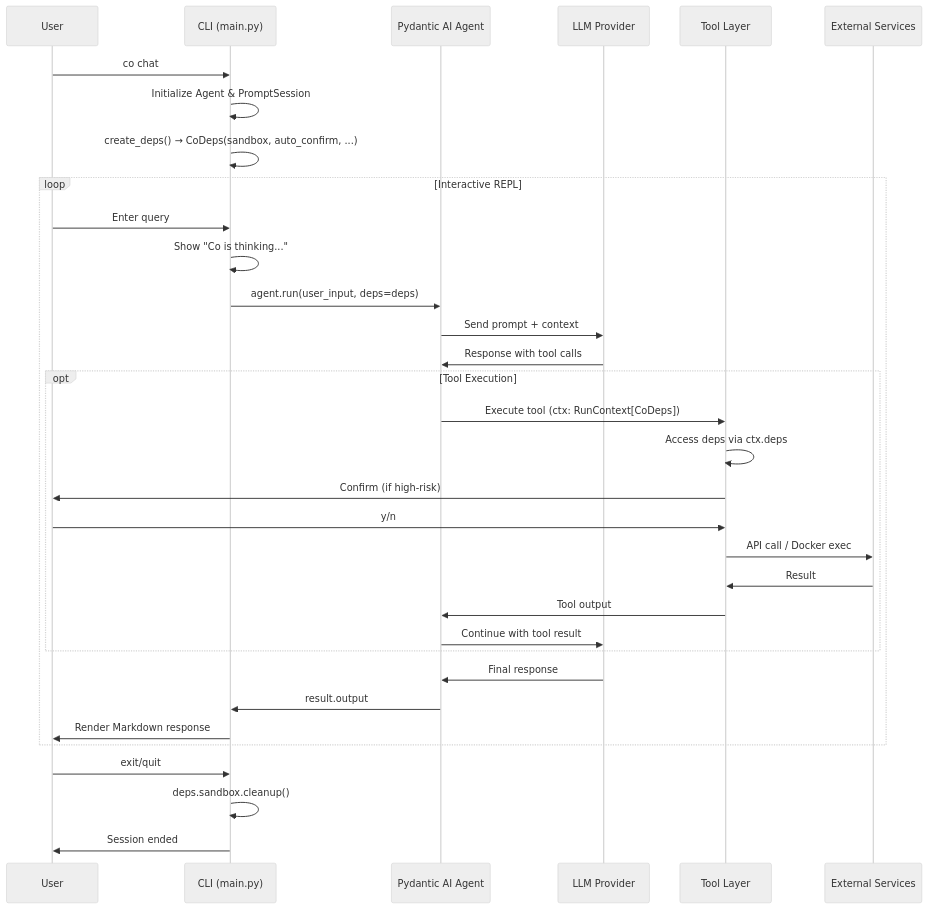
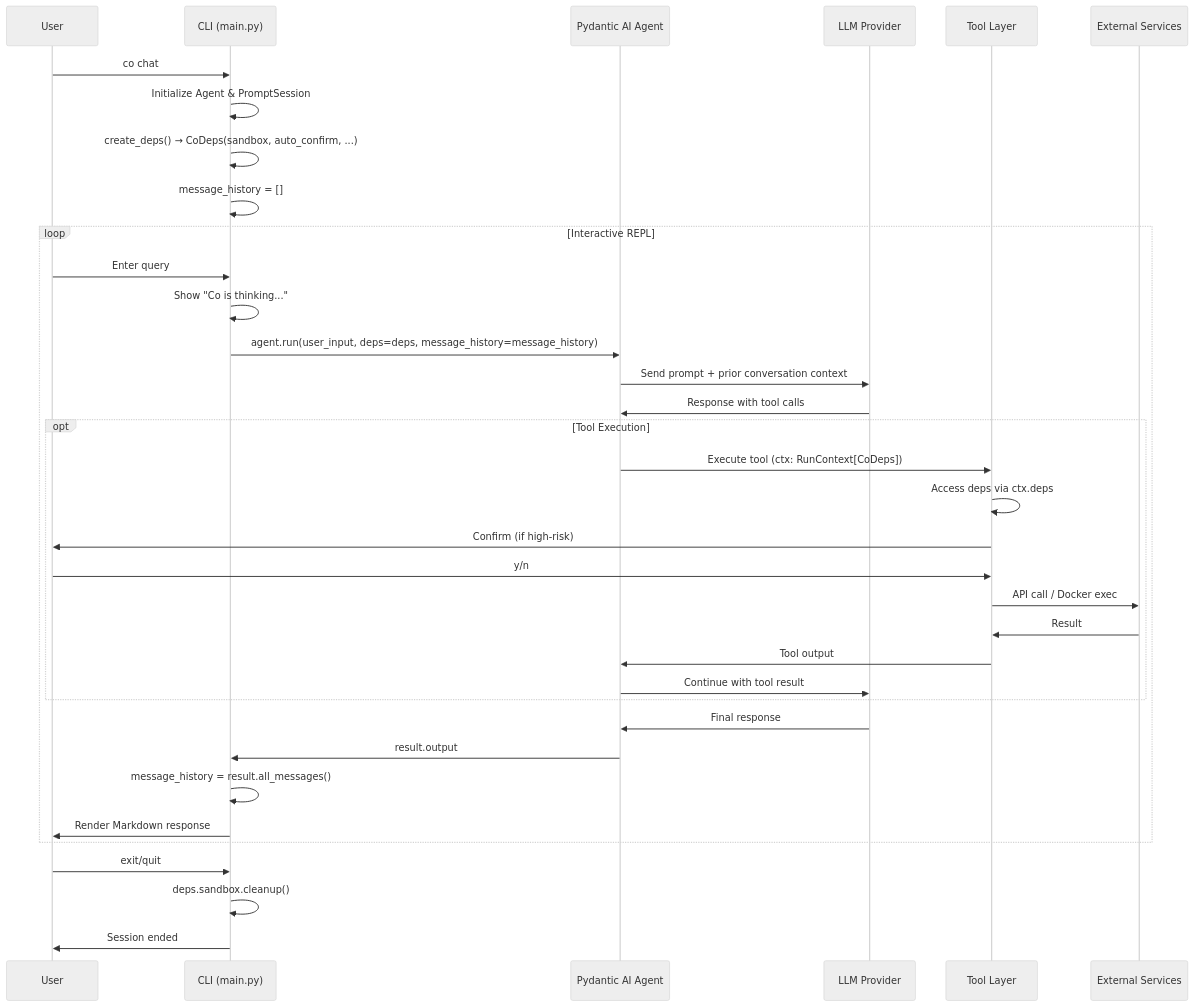
Before and after one commit to binlecode/co-cli: the second of 13 diagrams in docs/DESIGN-co-cli.md, drawn with Mermaid (neutral theme). The commit also changed other lines of this file and 6 other files, not shown here.

````diff
--- a/docs/DESIGN-co-cli.md
+++ b/docs/DESIGN-co-cli.md
@@ -92,40 +92,42 @@
 ```mermaid
 sequenceDiagram
     participant User
     participant CLI as CLI (main.py)
     participant Agent as Pydantic AI Agent
     participant LLM as LLM Provider
     participant Tools as Tool Layer
     participant External as External Services
 
     User->>CLI: co chat
     CLI->>CLI: Initialize Agent & PromptSession
     CLI->>CLI: create_deps() → CoDeps(sandbox, auto_confirm, ...)
+    CLI->>CLI: message_history = []
 
     loop Interactive REPL
         User->>CLI: Enter query
         CLI->>CLI: Show "Co is thinking..."
-        CLI->>Agent: agent.run(user_input, deps=deps)
-        Agent->>LLM: Send prompt + context
+        CLI->>Agent: agent.run(user_input, deps=deps, message_history=message_history)
+        Agent->>LLM: Send prompt + prior conversation context
         LLM->>Agent: Response with tool calls
 
         opt Tool Execution
             Agent->>Tools: Execute tool (ctx: RunContext[CoDeps])
             Tools->>Tools: Access deps via ctx.deps
             Tools->>User: Confirm (if high-risk)
             User->>Tools: y/n
             Tools->>External: API call / Docker exec
             External->>Tools: Result
             Tools->>Agent: Tool output
             Agent->>LLM: Continue with tool result
         end
 
         LLM->>Agent: Final response
         Agent->>CLI: result.output
+        CLI->>CLI: message_history = result.all_messages()
         CLI->>User: Render Markdown response
     end
 
     User->>CLI: exit/quit
     CLI->>CLI: deps.sandbox.cleanup()
     CLI->>User: Session ended
 ```
````
